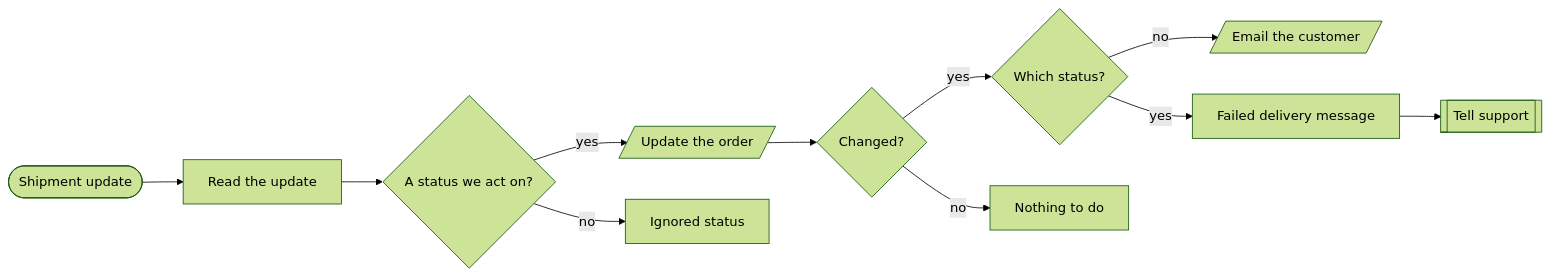
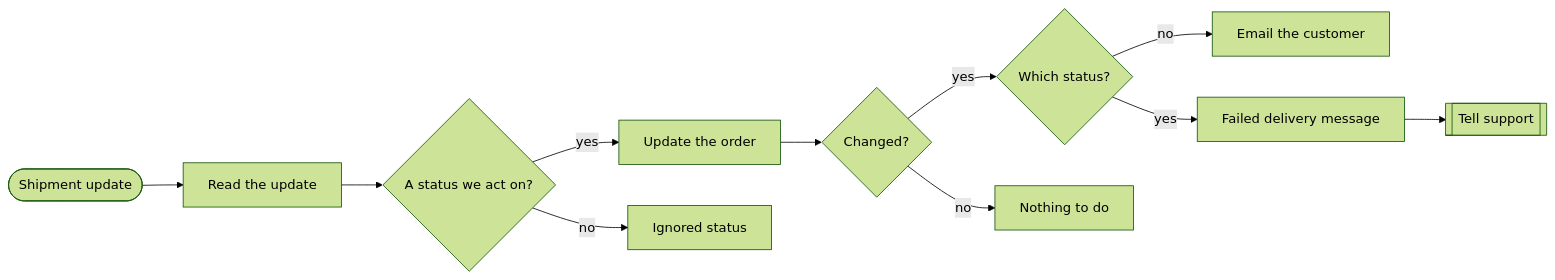
The second of 3 diagrams in systems/order-ops/README.md (kimjoshuadr/n8n-workflows), drawn with Mermaid (forest theme) before and after one commit. The commit also changed other lines of this file and 184 other files, not shown here.

Commit message:
Finish the move to named platforms: blocks, BambooHR, generated README, schema and platform marks

````diff
--- a/systems/order-ops/README.md
+++ b/systems/order-ops/README.md
@@ -89,24 +78,24 @@
 ```mermaid
 flowchart LR
   nfvxc7c(["Shipment update"])
   nqxvd3v["Read the update"]
   n1l72954{"A status we act on?"}
-  njk85m7[/"Update the order"/]
+  njk85m7["Update the order"]
   nslv8du{"Changed?"}
   n1byek03{"Which status?"}
-  nsqmdqw[/"Email the customer"/]
+  nsqmdqw["Email the customer"]
   n61tzdj["Failed delivery message"]
   n1vkqv47[["Tell support"]]
   n1pcqira["Nothing to do"]
   n1vw923r["Ignored status"]
   nfvxc7c --> nqxvd3v
   nqxvd3v --> n1l72954
   n1l72954 -->|yes| njk85m7
   njk85m7 --> nslv8du
   nslv8du -->|yes| n1byek03
   n1l72954 -->|no| n1vw923r
   nslv8du -->|no| n1pcqira
   n1byek03 -->|yes| n61tzdj
   n61tzdj --> n1vkqv47
   n1byek03 -->|no| nsqmdqw
 ```
````
